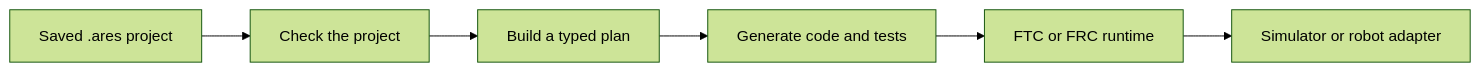
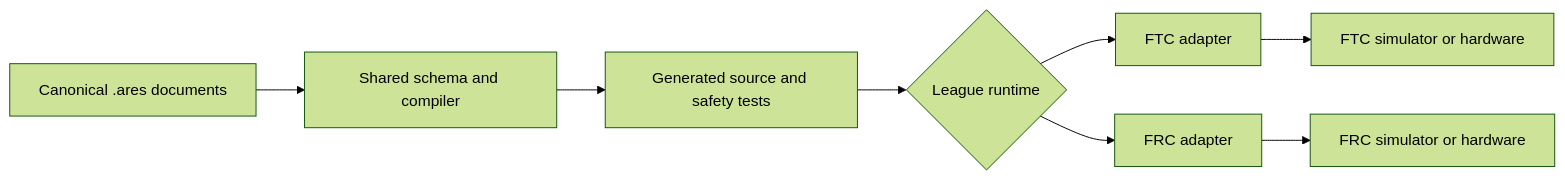
Before and after one commit to ARES-23247/ARESWEB: the diagram in content/learning/robotics-foundations/01-ares-workspace.md, drawn with Mermaid (forest theme). The commit also changed other lines of this file and 7 other files, not shown here.

````diff
--- a/content/learning/robotics-foundations/01-ares-workspace.md
+++ b/content/learning/robotics-foundations/01-ares-workspace.md
@@ -32,9 +36,11 @@
 ```mermaid
-%% aria: A saved ARES project moves through checks and code generation before it runs in an FTC or FRC robot project.
+%% aria: Canonical dot-ares documents flow through the shared schema and compiler. They produce generated code and tests for either the FTC or FRC runtime. A league adapter then connects the selected runtime to its simulator or physical hardware.
 flowchart LR
-    A["Saved .ares project"] --> B["Check the project"]
-    B --> C["Build a typed plan"]
-    C --> D["Generate code and tests"]
-    D --> E["FTC or FRC runtime"]
-    E --> F["Simulator or robot adapter"]
+  A["Canonical .ares documents"] --> B["Shared schema and compiler"]
+  B --> C["Generated source and safety tests"]
+  C --> D{"League runtime"}
+  D --> E["FTC adapter"]
+  D --> F["FRC adapter"]
+  E --> G["FTC simulator or hardware"]
+  F --> H["FRC simulator or hardware"]
 ```
````
